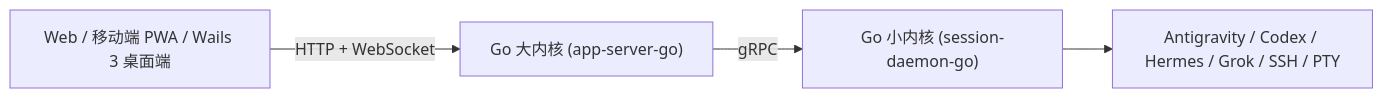
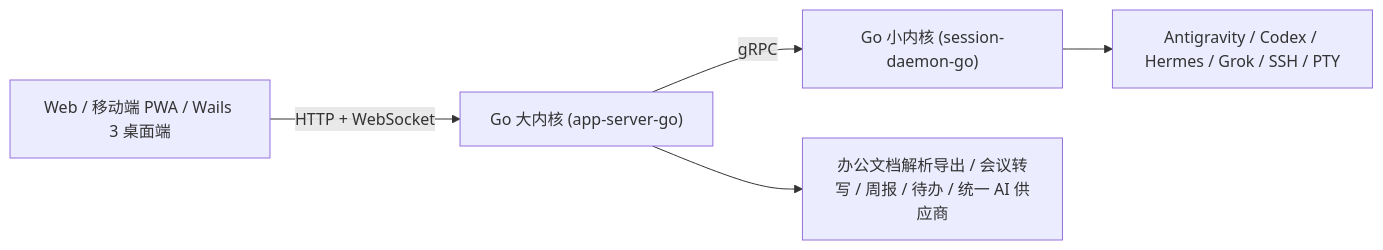
One commit to glwlg/astrorder changed the diagram in README.md. Above: the diagram before and after it, drawn with Mermaid. The commit also changed other lines of this file and 303 other files, not shown here.

````diff
--- a/README.md
+++ b/README.md
@@ -43,6 +64,7 @@
 ```mermaid
 flowchart LR
     UI["Web / 移动端 PWA / Wails 3 桌面端"] -->|HTTP + WebSocket| APP["Go 大内核 (app-server-go)"]
     APP -->|gRPC| DAEMON["Go 小内核 (session-daemon-go)"]
     DAEMON --> AGENTS["Antigravity / Codex / Hermes / Grok / SSH / PTY"]
+    APP --> OFFICE["办公文档解析导出 / 会议转写 / 周报 / 待办 / 统一 AI 供应商"]
 ```
````
